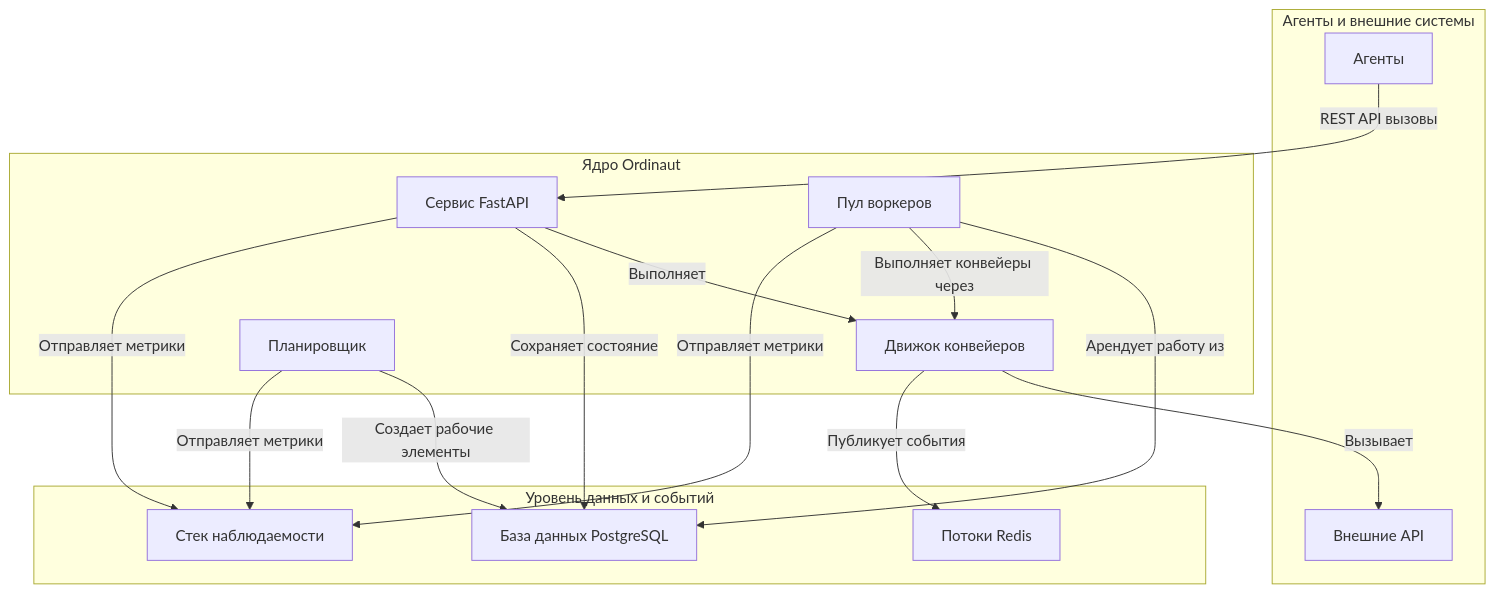
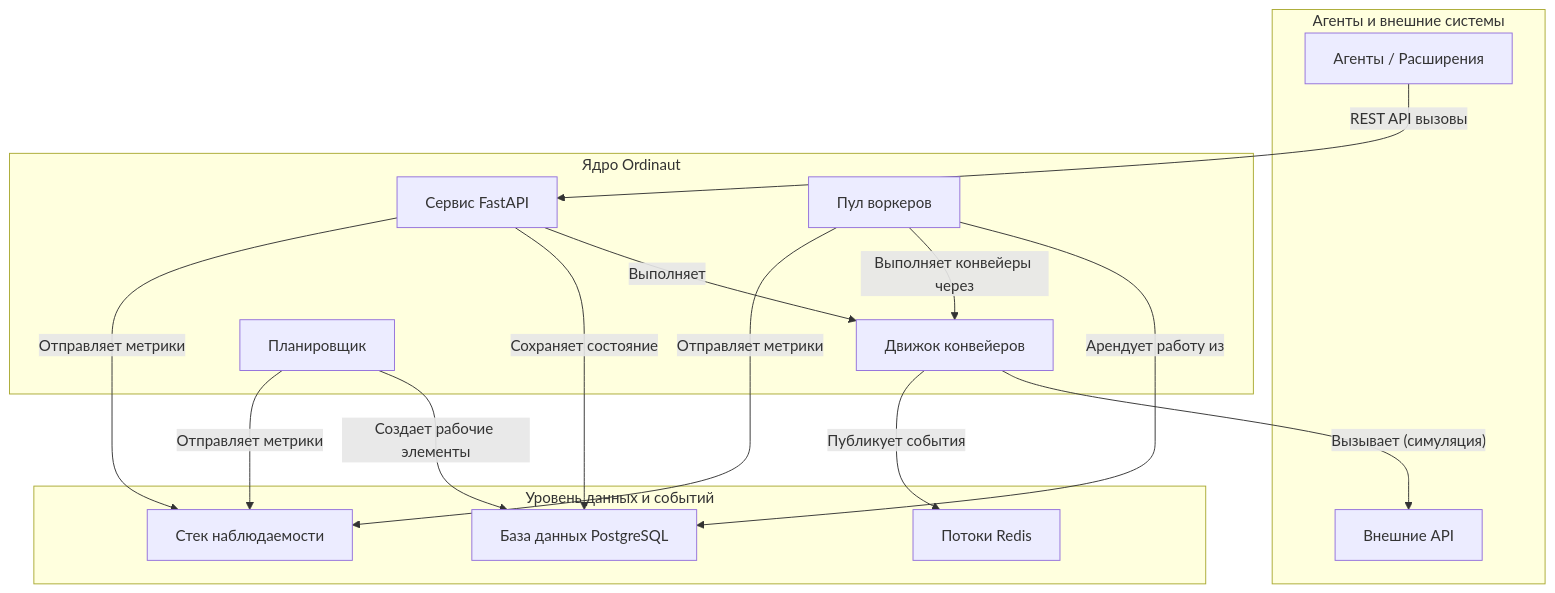
Before and after one commit to yoda-digital/ordinaut: the diagram in docs/getting-started/overview.ru.md, drawn with Mermaid. The commit also changed other lines of this file and 97 other files, not shown here.

````diff
--- a/docs/getting-started/overview.ru.md
+++ b/docs/getting-started/overview.ru.md
@@ -17,33 +17,33 @@
 ```mermaid
 graph TD
     subgraph Агенты и внешние системы
-        A[Агенты]
+        A[Агенты / Расширения]
         E[Внешние API]
     end
 
     subgraph Ядро Ordinaut
         B[Сервис FastAPI]
         C[Движок конвейеров]
         D[Пул воркеров]
         F[Планировщик]
     end
 
     subgraph Уровень данных и событий
         G[База данных PostgreSQL]
         H[Потоки Redis]
         I[Стек наблюдаемости]
     end
 
     A -- REST API вызовы --> B
     B -- Выполняет --> C
-    C -- Вызывает --> E
+    C -- Вызывает (симуляция) --> E
     C -- Публикует события --> H
     F -- Создает рабочие элементы --> G
     D -- Арендует работу из --> G
     D -- Выполняет конвейеры через --> C
     
     B -- Сохраняет состояние --> G
     B -- Отправляет метрики --> I
     D -- Отправляет метрики --> I
     F -- Отправляет метрики --> I
 ```
````
